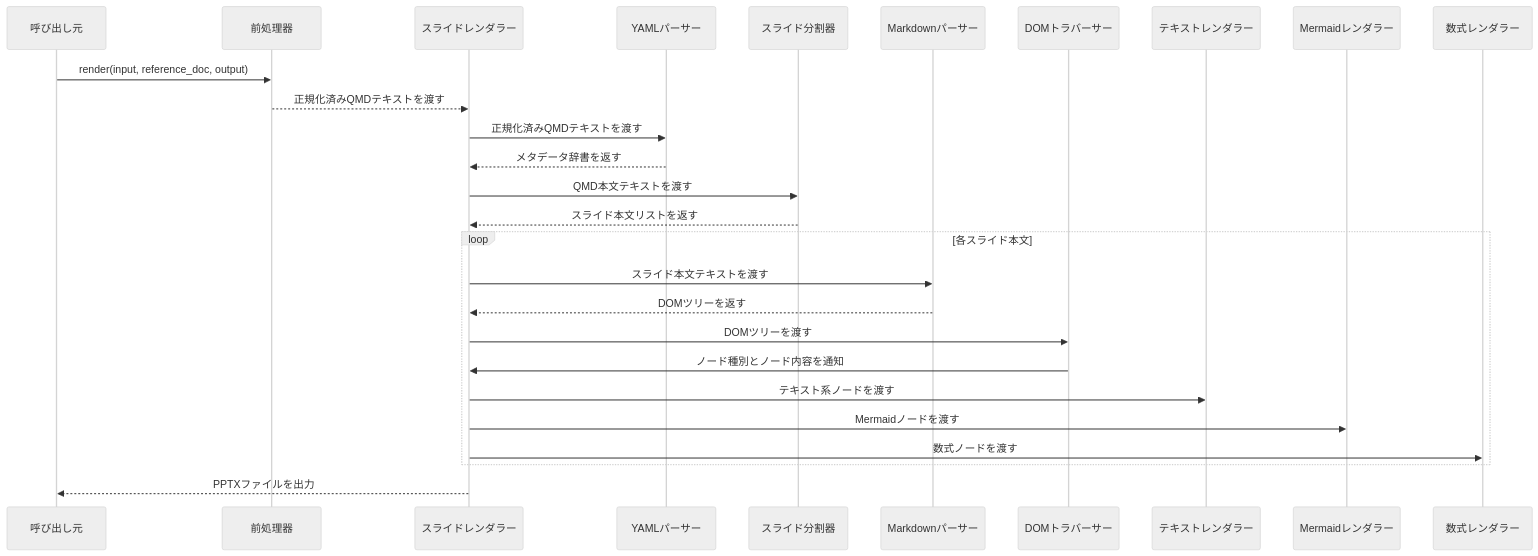
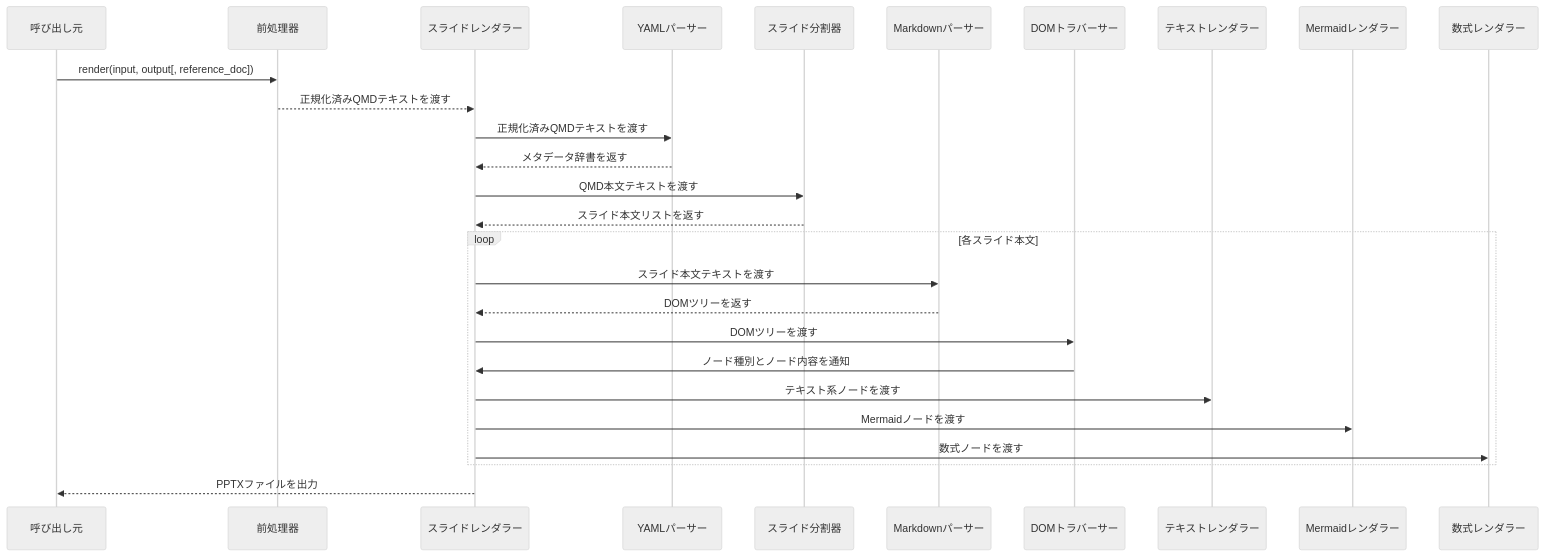
One commit to notfolder/qmd_to_pptx changed the sixth of 6 diagrams in docs/QMD_TO_PPTX_DESIGN.md. Above: the diagram before and after it, drawn with Mermaid (neutral theme). The commit also changed other lines of this file, not shown here.

Commit message:
スライドレンダラーのプレゼンテーションオブジェクト生成方式を改善し、`reference_doc` 引数の有無に応じた4つのパターンを追加。レイアウト定義JSONの設計を明確化し、テンプレート要件を更新。

````diff
--- a/docs/QMD_TO_PPTX_DESIGN.md
+++ b/docs/QMD_TO_PPTX_DESIGN.md
@@ -323,32 +374,32 @@
 ```mermaid
 sequenceDiagram
     participant 呼び出し元
     participant 前処理器
     participant スライドレンダラー
     participant YAMLパーサー
     participant スライド分割器
     participant Markdownパーサー
     participant DOMトラバーサー
     participant テキストレンダラー
     participant Mermaidレンダラー
     participant 数式レンダラー
 
-    呼び出し元 ->> 前処理器: render(input, reference_doc, output)
+    呼び出し元 ->> 前処理器: render(input, output[, reference_doc])
     前処理器 -->> スライドレンダラー: 正規化済みQMDテキストを渡す
     スライドレンダラー ->> YAMLパーサー: 正規化済みQMDテキストを渡す
     YAMLパーサー -->> スライドレンダラー: メタデータ辞書を返す
     スライドレンダラー ->> スライド分割器: QMD本文テキストを渡す
     スライド分割器 -->> スライドレンダラー: スライド本文リストを返す
 
     loop 各スライド本文
         スライドレンダラー ->> Markdownパーサー: スライド本文テキストを渡す
         Markdownパーサー -->> スライドレンダラー: DOMツリーを返す
         スライドレンダラー ->> DOMトラバーサー: DOMツリーを渡す
         DOMトラバーサー ->> スライドレンダラー: ノード種別とノード内容を通知
         スライドレンダラー ->> テキストレンダラー: テキスト系ノードを渡す
         スライドレンダラー ->> Mermaidレンダラー: Mermaidノードを渡す
         スライドレンダラー ->> 数式レンダラー: 数式ノードを渡す
     end
 
     スライドレンダラー -->> 呼び出し元: PPTXファイルを出力
 ```
````
